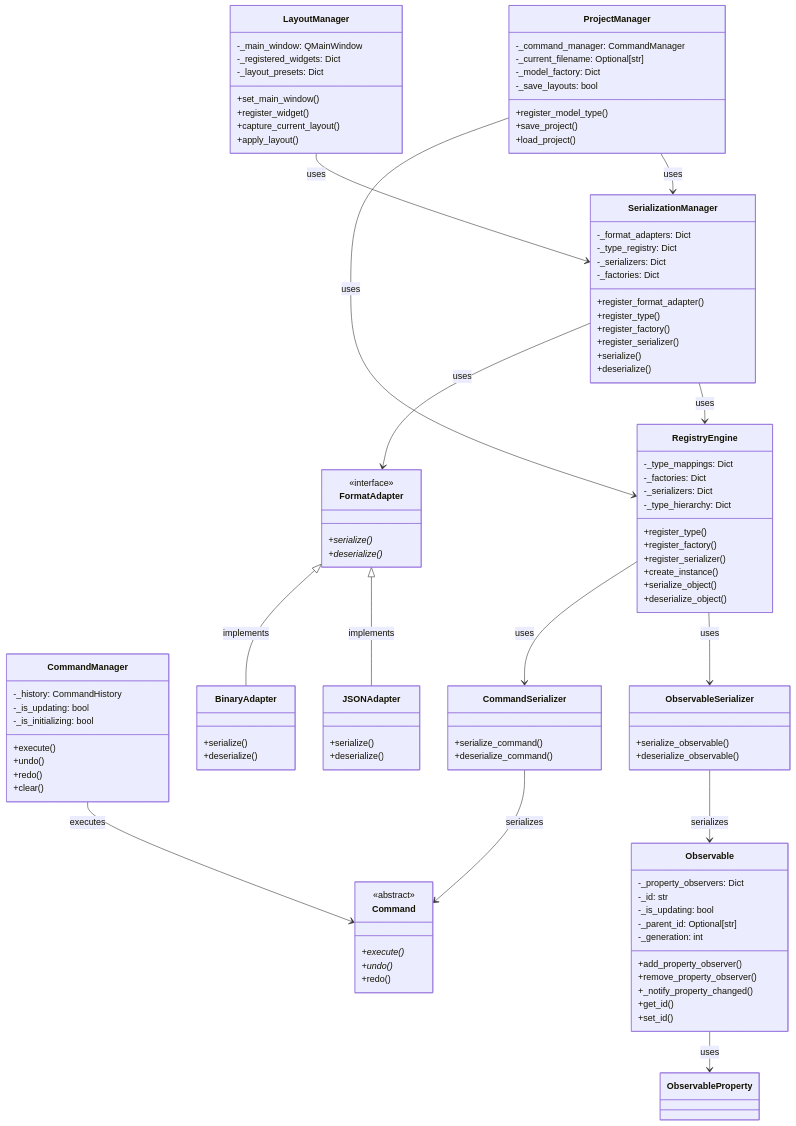
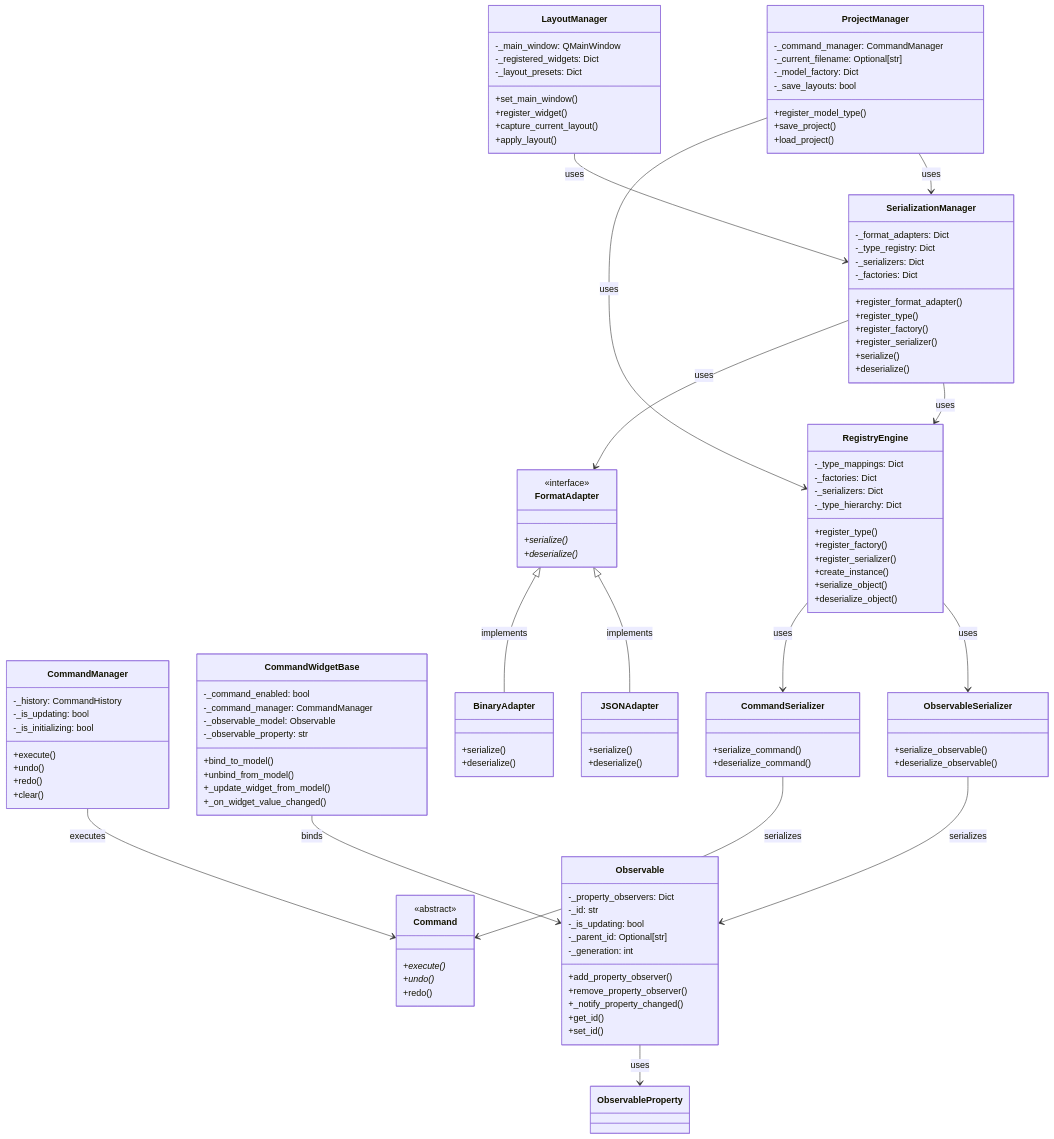
One commit to maro7tigre/PySignalDecipher changed the diagram in command_system/docs/planned_serialization.md. Above: the diagram before and after it, drawn with Mermaid. The commit also changed 13 other files, not shown here.

````diff
--- a/command_system/docs/planned_serialization.md
+++ b/command_system/docs/planned_serialization.md
@@ -29,6 +29,17 @@
         +undo()
         +redo()
         +clear()
+    }
+    
+    class CommandWidgetBase {
+        -_command_enabled: bool
+        -_command_manager: CommandManager
+        -_observable_model: Observable
+        -_observable_property: str
+        +bind_to_model()
+        +unbind_from_model()
+        +_update_widget_from_model()
+        +_on_widget_value_changed()
     }
     
     %% Serialization System (New Components)
@@ -123,4 +134,5 @@
     
     CommandManager --> Command : executes
     Observable --> ObservableProperty : uses
+    CommandWidgetBase --> Observable : binds
 ```
````
